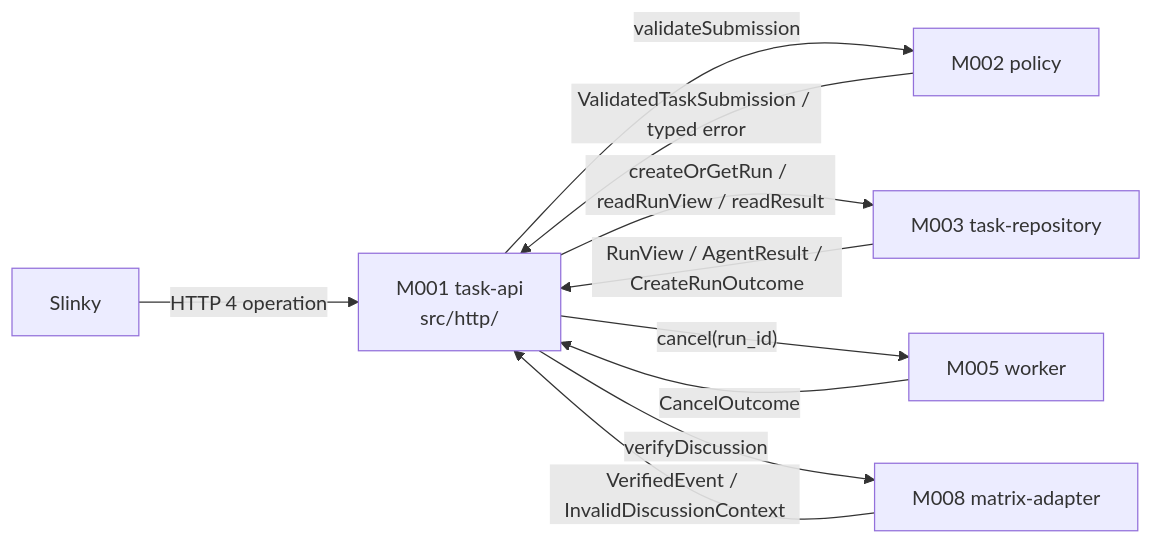
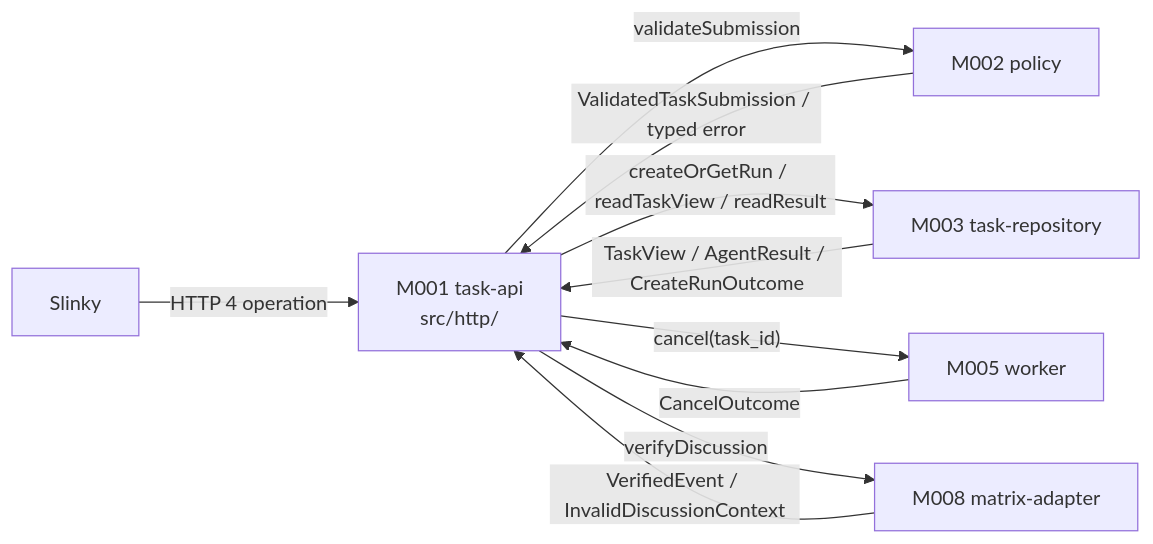
The first of 6 diagrams in docs/40_module_design/piko-task-api-design.md (corezilla/piko), drawn with Mermaid before and after one commit. The commit also changed other lines of this file and 86 other files, not shown here.

````diff
--- a/docs/40_module_design/piko-task-api-design.md
+++ b/docs/40_module_design/piko-task-api-design.md
@@ -134,12 +135,12 @@
 ```mermaid
 flowchart LR
     SL["Slinky"] -->|"HTTP 4 operation"| API["M001 task-api<br/>src/http/"]
     API -->|"validateSubmission"| POL["M002 policy"]
-    API -->|"createOrGetRun / readRunView / readResult"| REPO["M003 task-repository"]
-    API -->|"cancel(run_id)"| WK["M005 worker"]
+    API -->|"createOrGetRun / readTaskView / readResult"| REPO["M003 task-repository"]
+    API -->|"cancel(task_id)"| WK["M005 worker"]
     API -->|"verifyDiscussion"| MX["M008 matrix-adapter"]
     POL -->|"ValidatedTaskSubmission / typed error"| API
-    REPO -->|"RunView / AgentResult / CreateRunOutcome"| API
+    REPO -->|"TaskView / AgentResult / CreateRunOutcome"| API
     WK -->|"CancelOutcome"| API
     MX -->|"VerifiedEvent / InvalidDiscussionContext"| API
 ```
````
